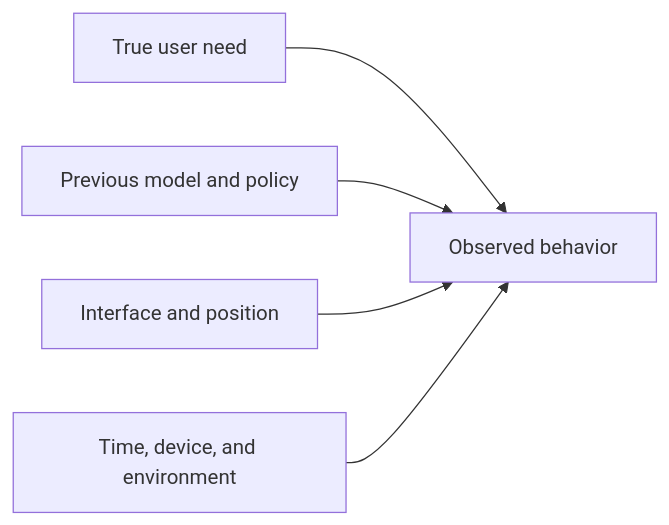
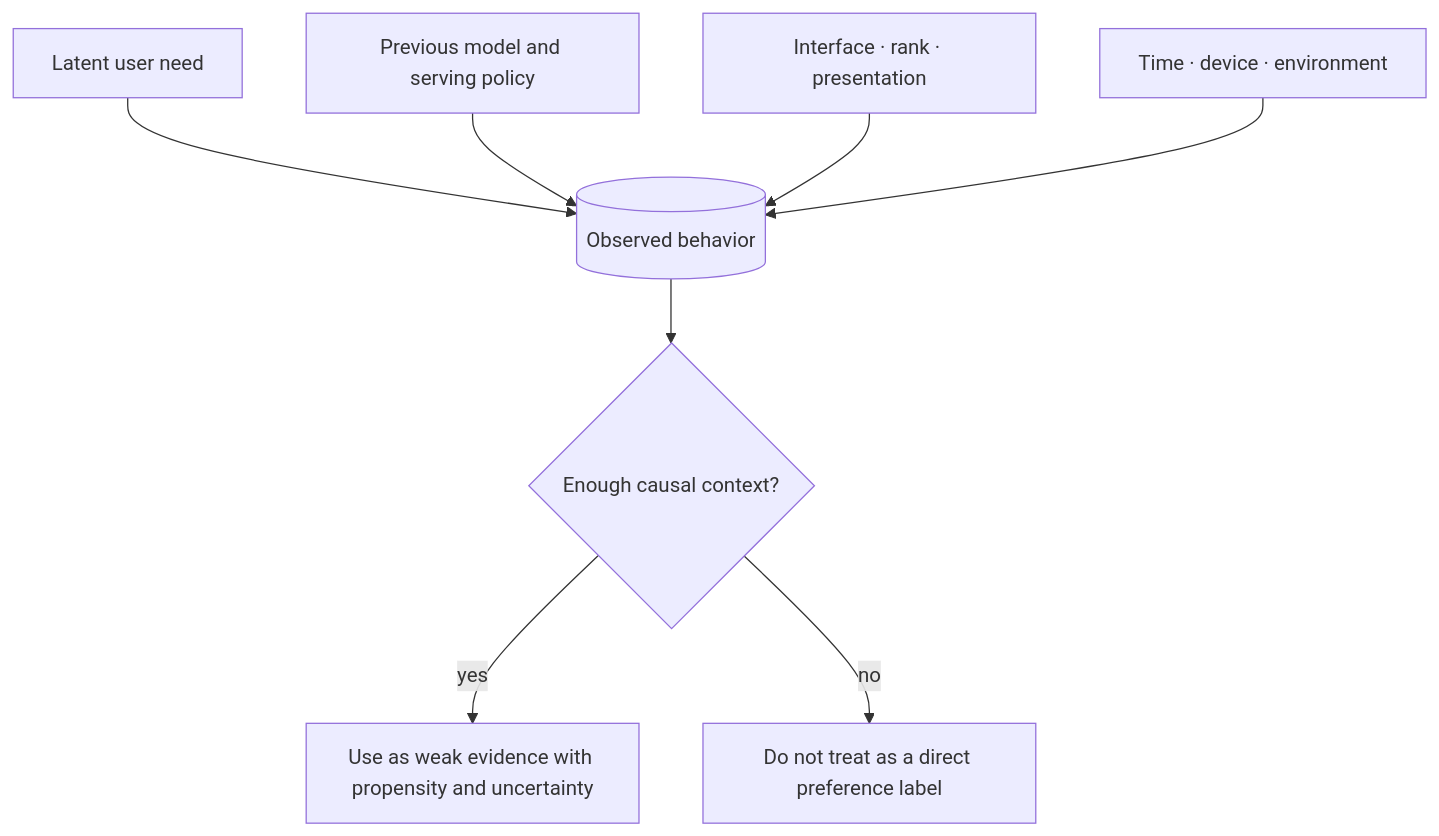
One commit to tianyi-zhang-02/cooking-agi changed the diagram in data-and-feedback/README.en.md. Above: the diagram before and after it, drawn with Mermaid. The commit also changed 18 other files, not shown here.

Commit message:
redesign the guide diagrams

````diff
--- a/data-and-feedback/README.en.md
+++ b/data-and-feedback/README.en.md
@@ -13,7 +13,19 @@
 ```mermaid
-flowchart LR
-    A[True user need] --> E[Observed behavior]
-    B[Previous model and policy] --> E
-    C[Interface and position] --> E
-    D[Time, device, and environment] --> E
+flowchart TB
+    A["Latent user need"]
+    B["Previous model and serving policy"]
+    C["Interface · rank · presentation"]
+    D["Time · device · environment"]
+    E[("Observed behavior")]
+    F{"Enough causal context?"}
+    G["Use as weak evidence with propensity and uncertainty"]
+    H["Do not treat as a direct preference label"]
+
+    A --> E
+    B --> E
+    C --> E
+    D --> E
+    E --> F
+    F -- "yes" --> G
+    F -- "no" --> H
 ```
````
